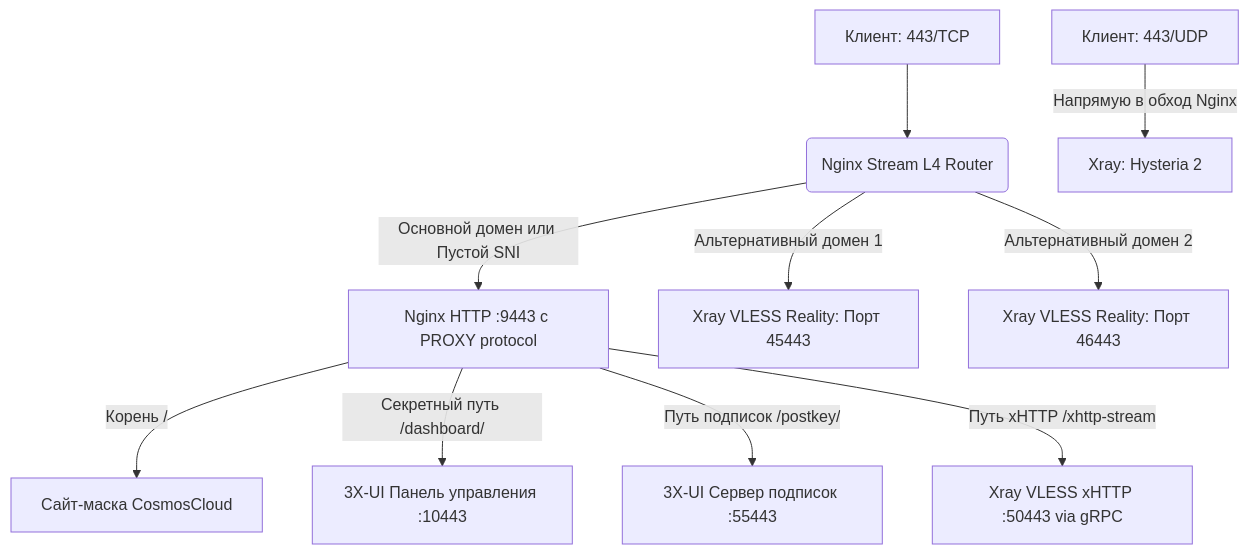
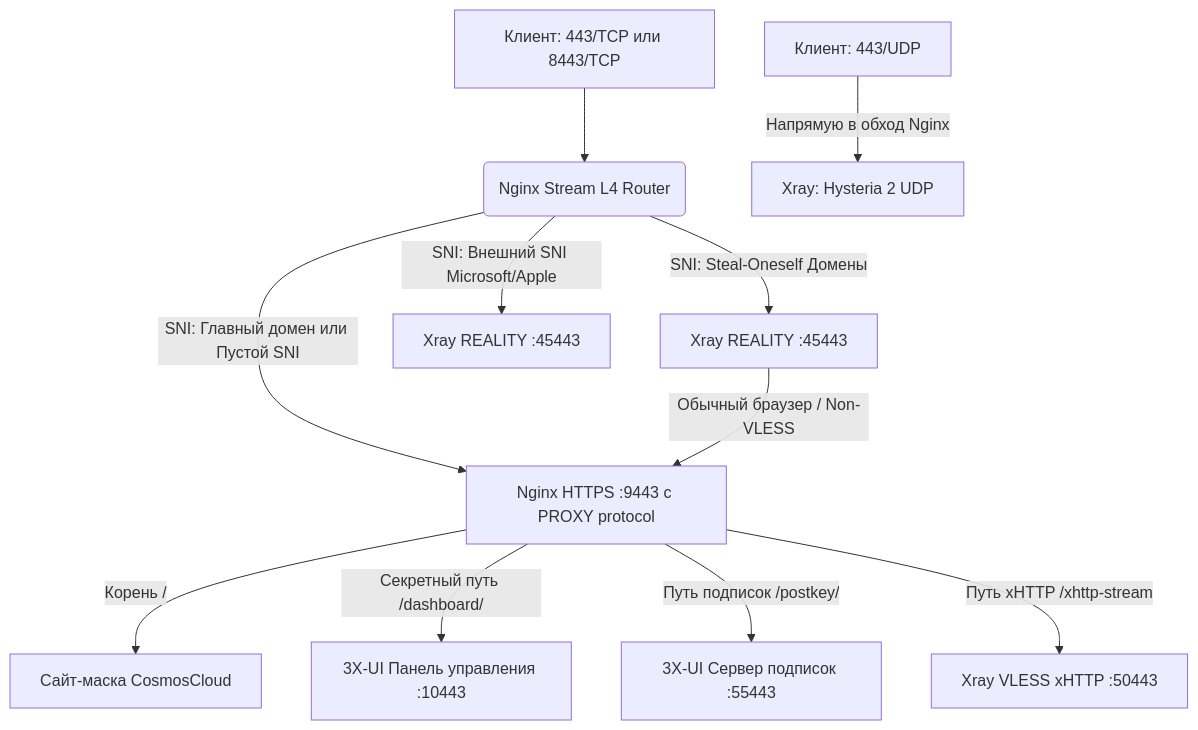
One commit to torrua/Nginx-L4-Stream-Router-Mask-for-3x-ui changed the diagram in README.md. Above: the diagram before and after it, drawn with Mermaid. The commit also changed other lines of this file, not shown here.

````diff
--- a/README.md
+++ b/README.md
@@ -34,14 +50,16 @@
 ```mermaid
 graph TD
-    Client443TCP[Клиент: 443/TCP] --> NginxStream(Nginx Stream L4 Router)
-    Client443UDP[Клиент: 443/UDP] -->|Напрямую в обход Nginx| XrayHysteria[Xray: Hysteria 2]
+    Client443TCP[Клиент: 443/TCP или 8443/TCP] --> NginxStream(Nginx Stream L4 Router)
+    Client443UDP[Клиент: 443/UDP] -->|Напрямую в обход Nginx| XrayHysteria[Xray: Hysteria 2 UDP]
 
-    NginxStream -->|Основной домен или Пустой SNI| NginxHTTP[Nginx HTTP :9443 с PROXY protocol]
-    NginxStream -->|Альтернативный домен 1| VLESS_1[Xray VLESS Reality: Порт 45443]
-    NginxStream -->|Альтернативный домен 2| VLESS_2[Xray VLESS Reality: Порт 46443]
+    NginxStream -->|SNI: Главный домен или Пустой SNI| NginxHTTP[Nginx HTTPS :9443 с PROXY protocol]
+    NginxStream -->|SNI: Steal-Oneself Домены| XrayStealREALITY[Xray REALITY :45443]
+    NginxStream -->|SNI: Внешний SNI Microsoft/Apple| XrayClassicREALITY[Xray REALITY :45443]
 
+    XrayStealREALITY -->|Обычный браузер / Non-VLESS| NginxHTTP
+    
     NginxHTTP -->|Корень /| DecoySite[Сайт-маска CosmosCloud]
     NginxHTTP -->|Секретный путь /dashboard/| Panel3X[3X-UI Панель управления :10443]
     NginxHTTP -->|Путь подписок /postkey/| PanelSub[3X-UI Сервер подписок :55443]
-    NginxHTTP -->|Путь xHTTP /xhttp-stream| XrayXHTTP[Xray VLESS xHTTP :50443 via gRPC]
+    NginxHTTP -->|Путь xHTTP /xhttp-stream| XrayXHTTP[Xray VLESS xHTTP :50443]
 ```
````
